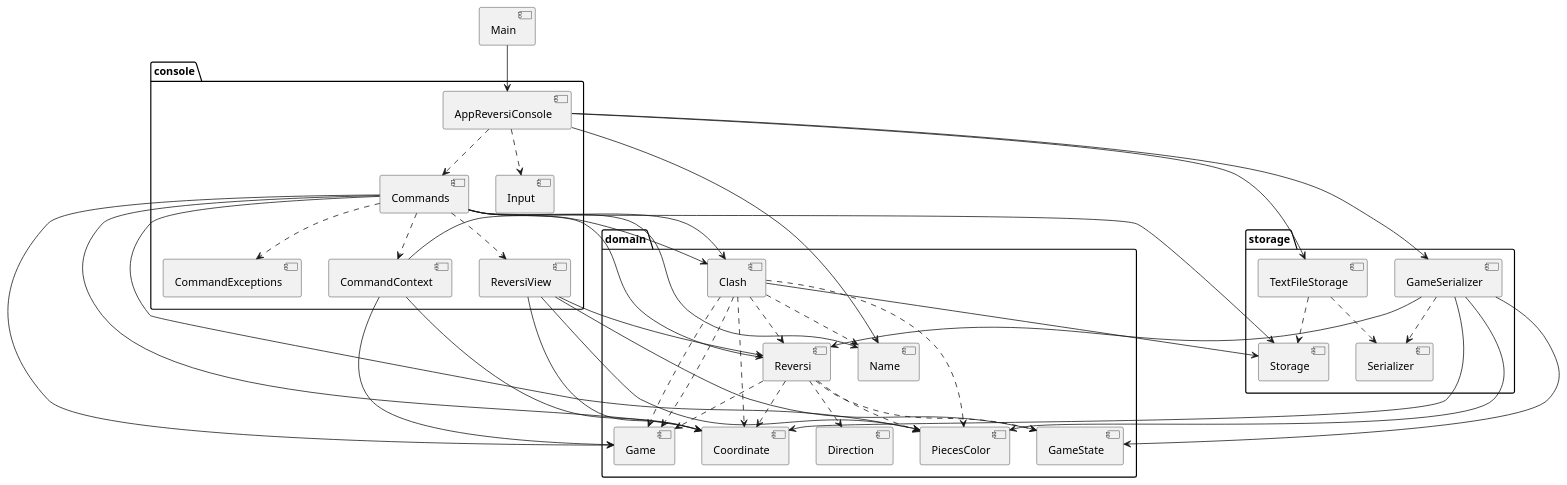
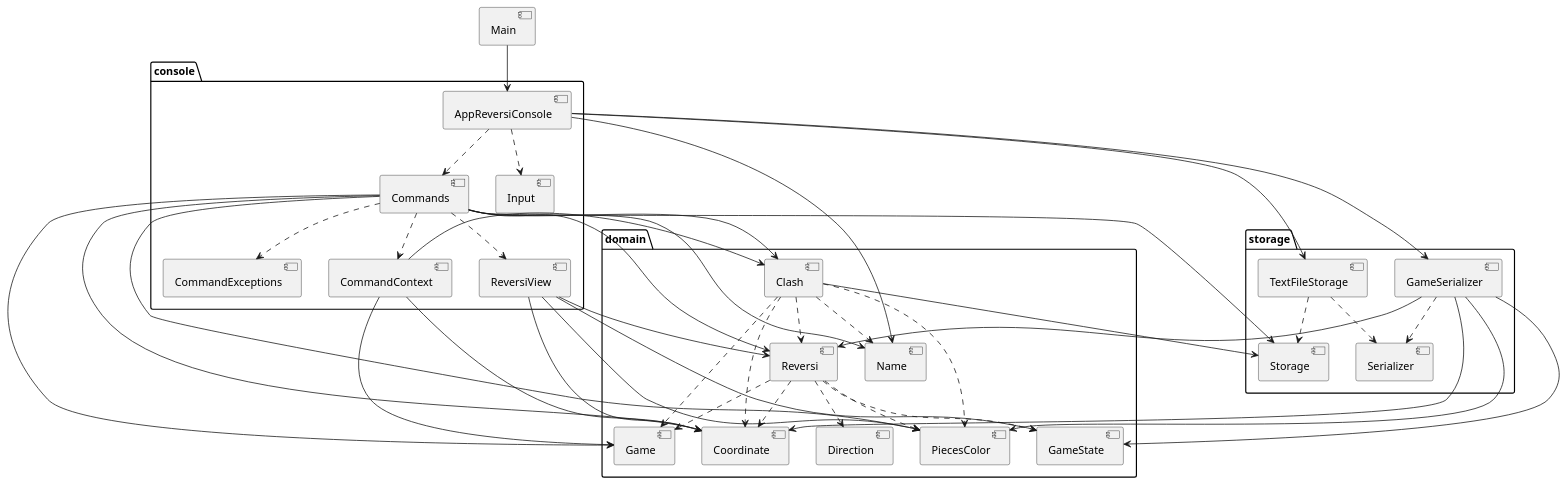
One commit to gbf96/Reversi_Game changed the diagram in docs/ComponentDependencies.puml. Above: the diagram before and after it, drawn with PlantUML.

Commit message:
Update diagrams.

```diff
--- a/docs/ComponentDependencies.puml
+++ b/docs/ComponentDependencies.puml
@@ -1,82 +1,81 @@
 @startuml
 ' https://plantuml.com/component-diagram
 
 
 
 package "console" {
   [AppReversiConsole]
   [Commands]
   [CommandContext]
   [Input]
   [ReversiView]
   [CommandExceptions]
 }
 
 package "domain" {
   [Game]
   [Reversi]
   [Clash]
   [Coordinate]
   [Direction]
   [GameState]
   [PiecesColor]
   [Name]
 }
 
 package "storage" {
   [Storage]
   [Serializer]
   [TextFileStorage]
   [GameSerializer]
 }
 
 [Main] --> [AppReversiConsole]
 
 [AppReversiConsole] ..> [Input]
 [AppReversiConsole] ..> [Commands]
 [AppReversiConsole] --> [TextFileStorage]
 [AppReversiConsole] --> [GameSerializer]
 [AppReversiConsole] --> [Name]
 
 
 [Commands] ..> [CommandExceptions]
 [Commands] ..> [CommandContext]
 [Commands] ..> [ReversiView]
 [Commands] --> [Reversi]
 [Commands] --> [Clash]
 [Commands] --> [Name]
 [Commands] --> [Game]
 [Commands] --> [Storage]
 [Commands] --> [PiecesColor]
 [Commands] --> [Coordinate]
 [CommandContext] --> [Game]
 [CommandContext] --> [Clash]
 [CommandContext] --> [Coordinate]
 [ReversiView] --> [Reversi]
 [ReversiView] --> [Coordinate]
 [ReversiView] --> [PiecesColor]
 [ReversiView] --> [GameState]
 
 [Clash] ..> [Game]
 [Clash] --> [Storage]
 [Clash] ..> [Reversi]
 [Clash] ..> [Name]
-[Clash] ..> [Game]
 [Clash] ..> [PiecesColor]
 [Clash] ..> [Coordinate]
 
 [Reversi] ..> [Game]
 [Reversi] ..> [GameState]
 [Reversi] ..> [PiecesColor]
 [Reversi] ..> [Coordinate]
 [Reversi] ..> [Direction]
 
 [TextFileStorage] ..> [Storage]
 [TextFileStorage] ..> [Serializer]
 [GameSerializer] ..> [Serializer]
 [GameSerializer] --> [Reversi]
 [GameSerializer] --> [PiecesColor]
 [GameSerializer] --> [Coordinate]
 [GameSerializer] --> [GameState]
 
 @enduml
```
